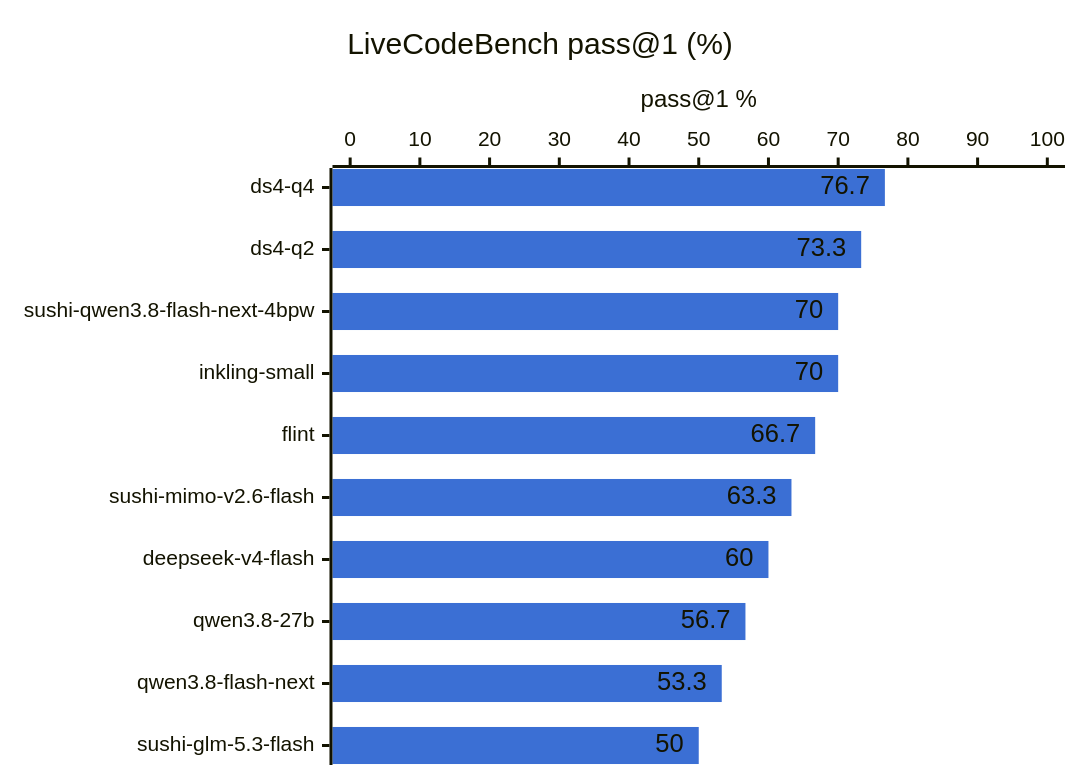
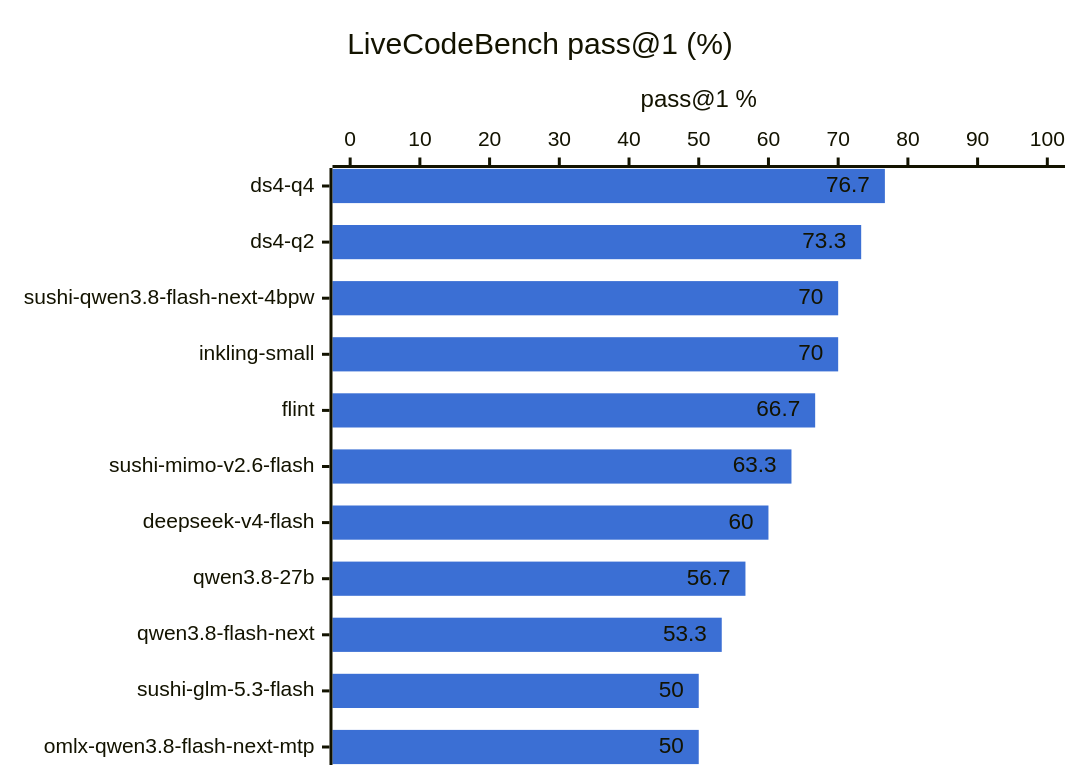
The first of 2 diagrams in RESULTS-mac.md (hofftodd/ai-bench), drawn with Mermaid before and after one commit. The commit also changed other lines of this file and 7 other files, not shown here.

First line of the commit message:
Results: Qwen3.8-Flash-Next on oMLX; concurrency on three Mac engines

````diff
--- a/RESULTS-mac.md
+++ b/RESULTS-mac.md
@@ -13,8 +13,8 @@
 ```mermaid
 %%{init: {"xyChart": {"showDataLabel": true}, "themeVariables": {"xyChart": {"plotColorPalette": "#3b6fd4"}}}}%%
 xychart-beta horizontal
     title "LiveCodeBench pass@1 (%)"
-    x-axis ["ds4-q4", "ds4-q2", "sushi-qwen3.8-flash-next-4bpw", "inkling-small", "flint", "sushi-mimo-v2.6-flash", "deepseek-v4-flash", "qwen3.8-27b", "qwen3.8-flash-next", "sushi-glm-5.3-flash"]
+    x-axis ["ds4-q4", "ds4-q2", "sushi-qwen3.8-flash-next-4bpw", "inkling-small", "flint", "sushi-mimo-v2.6-flash", "deepseek-v4-flash", "qwen3.8-27b", "qwen3.8-flash-next", "sushi-glm-5.3-flash", "omlx-qwen3.8-flash-next-mtp"]
     y-axis "pass@1 %" 0 --> 100
-    bar [76.7, 73.3, 70.0, 70.0, 66.7, 63.3, 60.0, 56.7, 53.3, 50.0]
+    bar [76.7, 73.3, 70.0, 70.0, 66.7, 63.3, 60.0, 56.7, 53.3, 50.0, 50.0]
 ```
````
